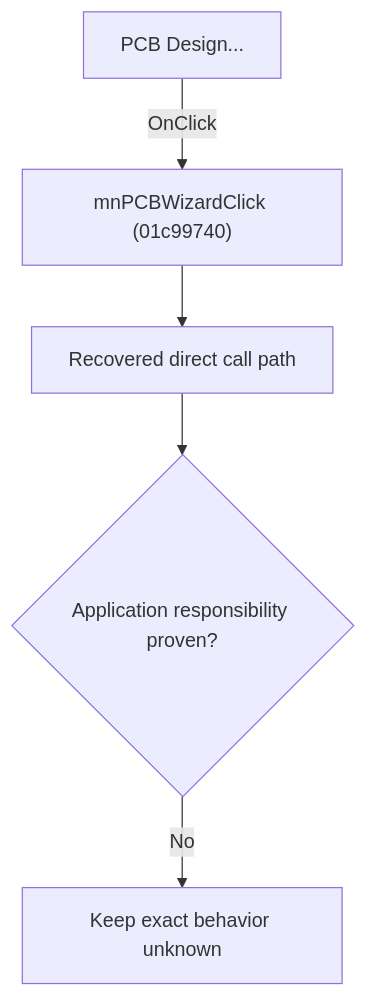
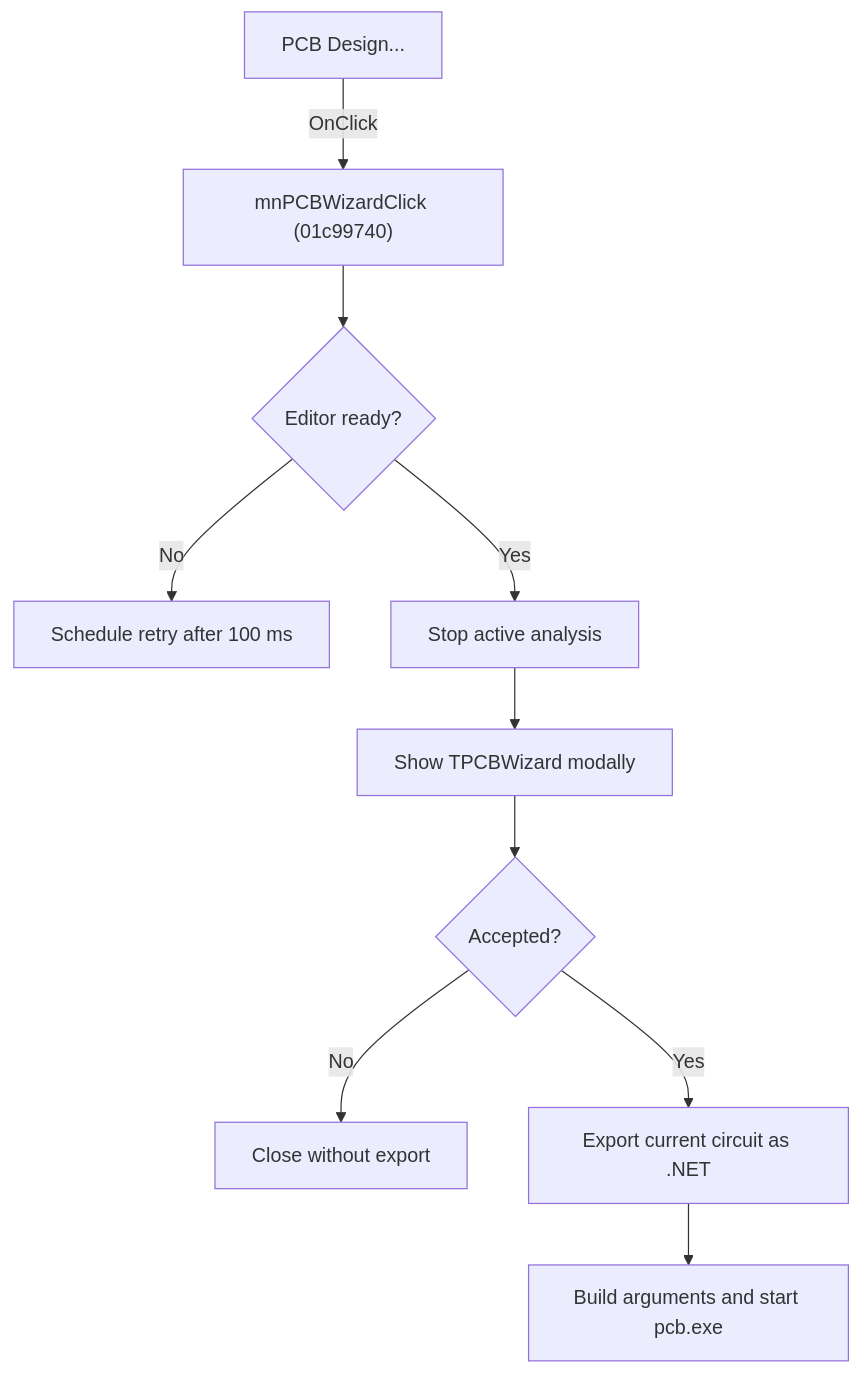
One commit to MovGP0/TIARA changed the diagram in docs/ui-controls/schematiceditor/mnpcbwizard-03fa320248.md. Above: the diagram before and after it, drawn with Mermaid. The commit also changed other lines of this file and 241 other files, not shown here.

````diff
--- a/docs/ui-controls/schematiceditor/mnpcbwizard-03fa320248.md
+++ b/docs/ui-controls/schematiceditor/mnpcbwizard-03fa320248.md
@@ -27,7 +29,12 @@
 ```mermaid
 flowchart TD
-    control["PCB Design..."] -->|"OnClick"| handler["mnPCBWizardClick (01c99740)"]
-    handler --> recovered["Recovered direct call path"]
-    recovered --> gap{"Application responsibility proven?"}
-    gap -->|"No"| blocked["Keep exact behavior unknown"]
+    control["PCB Design..."] -->|OnClick| handler["mnPCBWizardClick (01c99740)"]
+    handler --> ready{"Editor ready?"}
+    ready -->|No| retry["Schedule retry after 100 ms"]
+    ready -->|Yes| stop["Stop active analysis"]
+    stop --> wizard["Show TPCBWizard modally"]
+    wizard --> accepted{"Accepted?"}
+    accepted -->|No| done["Close without export"]
+    accepted -->|Yes| export["Export current circuit as .NET"]
+    export --> launch["Build arguments and start pcb.exe"]
 ```
````
